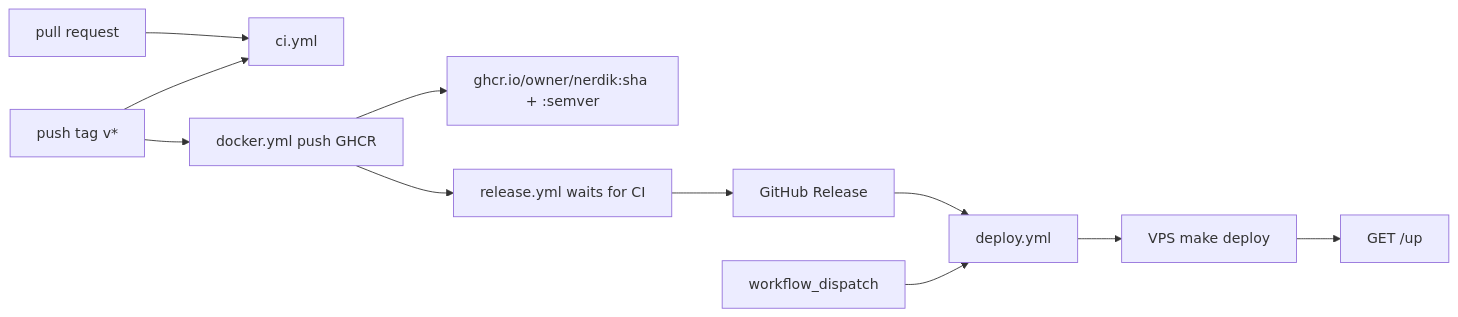
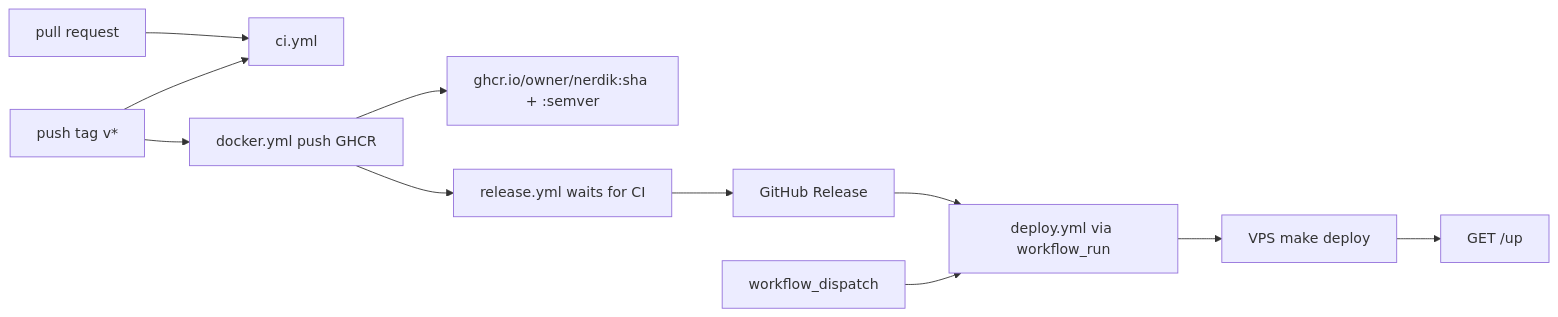
One commit to panshaigan/nerdik changed the diagram in docs/ci-cd.md. Above: the diagram before and after it, drawn with Mermaid. The commit also changed other lines of this file and 5 other files, not shown here.

First line of the commit message:
fix: chain Deploy off Release workflow_run

````diff
--- a/docs/ci-cd.md
+++ b/docs/ci-cd.md
@@ -7,13 +7,13 @@
 ```mermaid
 flowchart LR
   PR[pull request] --> CI[ci.yml]
   Tag["push tag v*"] --> CI
   Tag --> DockerPush[docker.yml push GHCR]
   DockerPush --> GHCR["ghcr.io/owner/nerdik:sha + :semver"]
   DockerPush --> WaitCI[release.yml waits for CI]
   WaitCI --> GHRelease[GitHub Release]
-  GHRelease --> Deploy[deploy.yml]
+  GHRelease --> Deploy[deploy.yml via workflow_run]
   Manual[workflow_dispatch] --> Deploy
   Deploy --> VPS[VPS make deploy]
   VPS --> Up["GET /up"]
 ```
````
